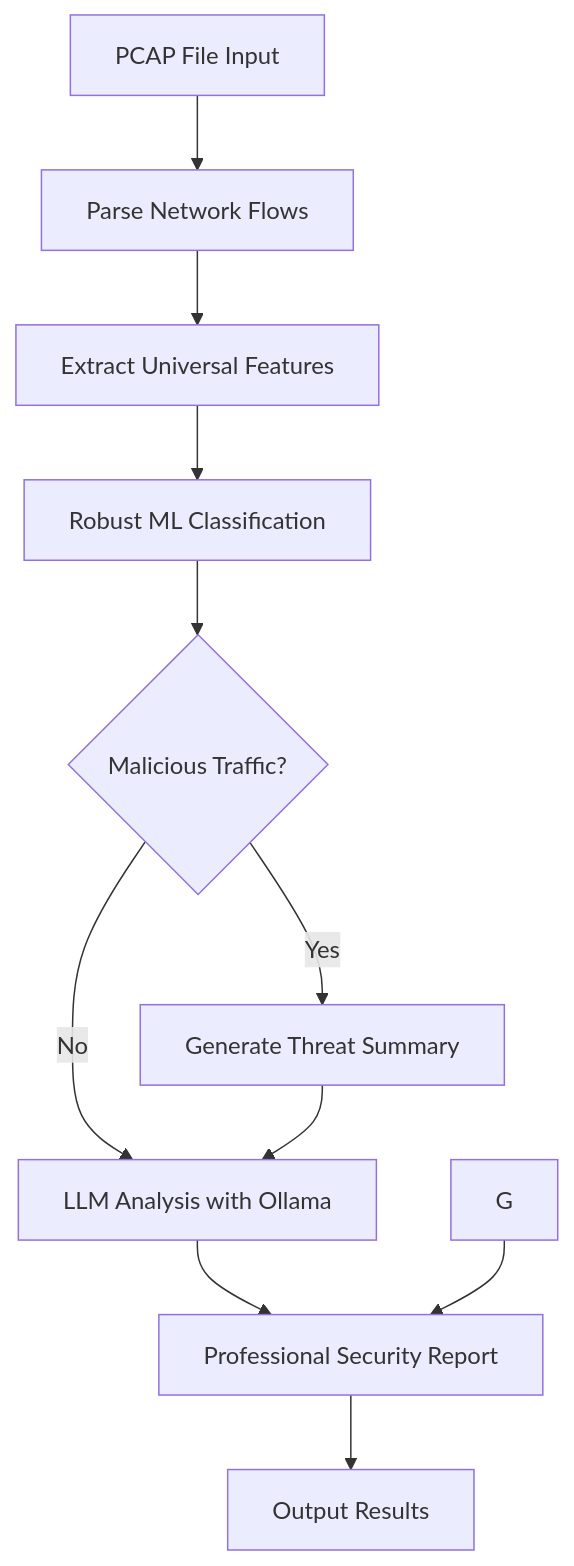
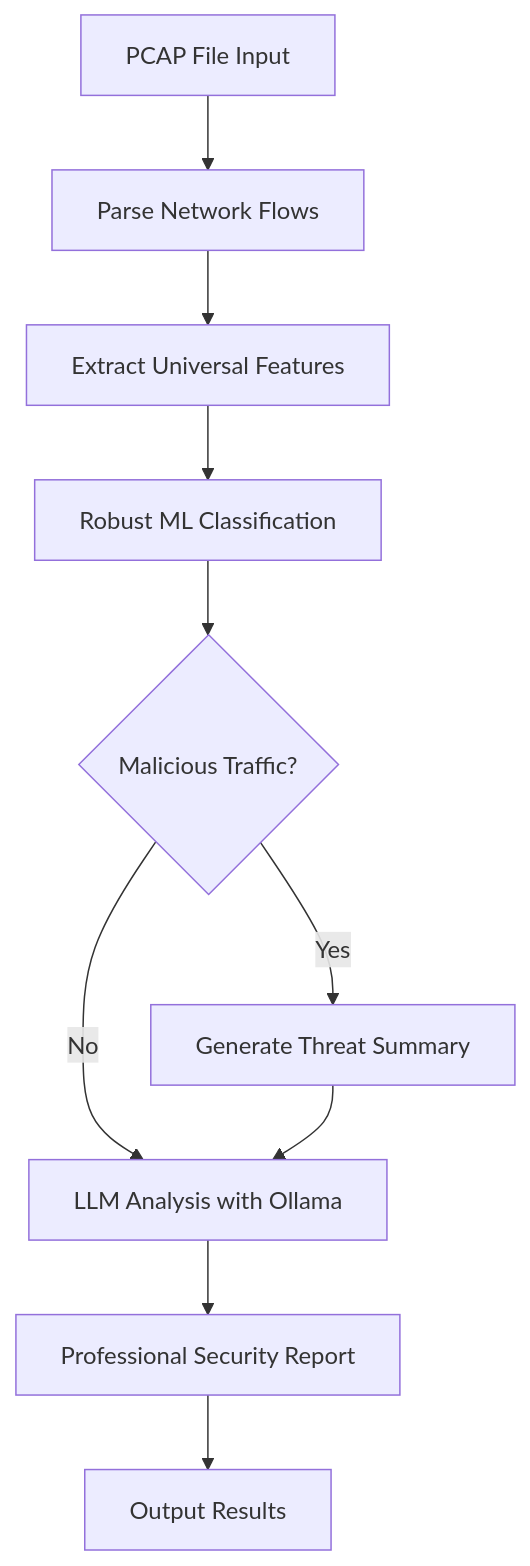
One commit to WasiimSheb/Network-traffic-agent changed the diagram in README.md. Above: the diagram before and after it, drawn with Mermaid.

Commit message:
correction

````diff
--- a/README.md
+++ b/README.md
@@ -167,13 +167,12 @@
 ```mermaid
 graph TD
     A[PCAP File Input] --> B[Parse Network Flows]
     B --> C[Extract Universal Features]
     C --> D[Robust ML Classification]
     D --> E{Malicious Traffic?}
     E -->|Yes| F[Generate Threat Summary]
     E -->|No| H[Log Normal Activity]
     F --> H[LLM Analysis with Ollama]
     H --> I[Professional Security Report]
-    G --> I
     I --> J[Output Results]
 ```
````
